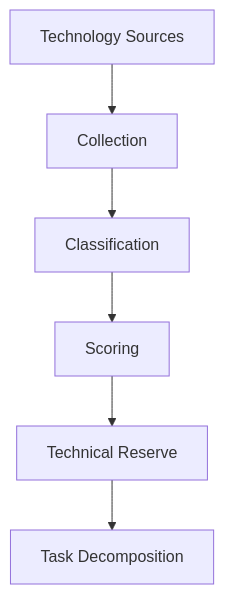
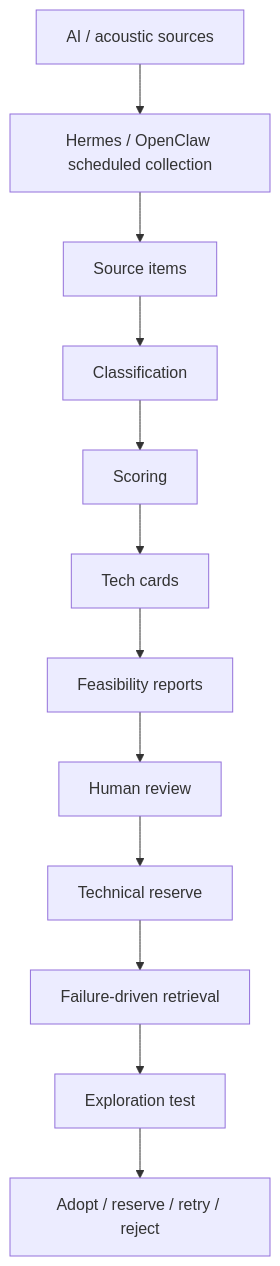
The diagram in projects/10-enterprise-ai-tech-radar/assets/tech-radar-workflow.mmd (Chouner/domain-ai-portfolio), drawn with Mermaid before and after one commit. The commit also changed other lines of this file and 14 other files, not shown here.

```diff
--- a/projects/10-enterprise-ai-tech-radar/assets/tech-radar-workflow.mmd
+++ b/projects/10-enterprise-ai-tech-radar/assets/tech-radar-workflow.mmd
@@ -1,6 +1,12 @@
 flowchart TD
-    A[Technology Sources] --> B[Collection]
-    B --> C[Classification]
-    C --> D[Scoring]
-    D --> E[Technical Reserve]
-    E --> F[Task Decomposition]
+    A["AI / acoustic sources"] --> B["Hermes / OpenClaw scheduled collection"]
+    B --> C["Source items"]
+    C --> D["Classification"]
+    D --> E["Scoring"]
+    E --> F["Tech cards"]
+    F --> G["Feasibility reports"]
+    G --> H["Human review"]
+    H --> I["Technical reserve"]
+    I --> J["Failure-driven retrieval"]
+    J --> K["Exploration test"]
+    K --> L["Adopt / reserve / retry / reject"]
```
